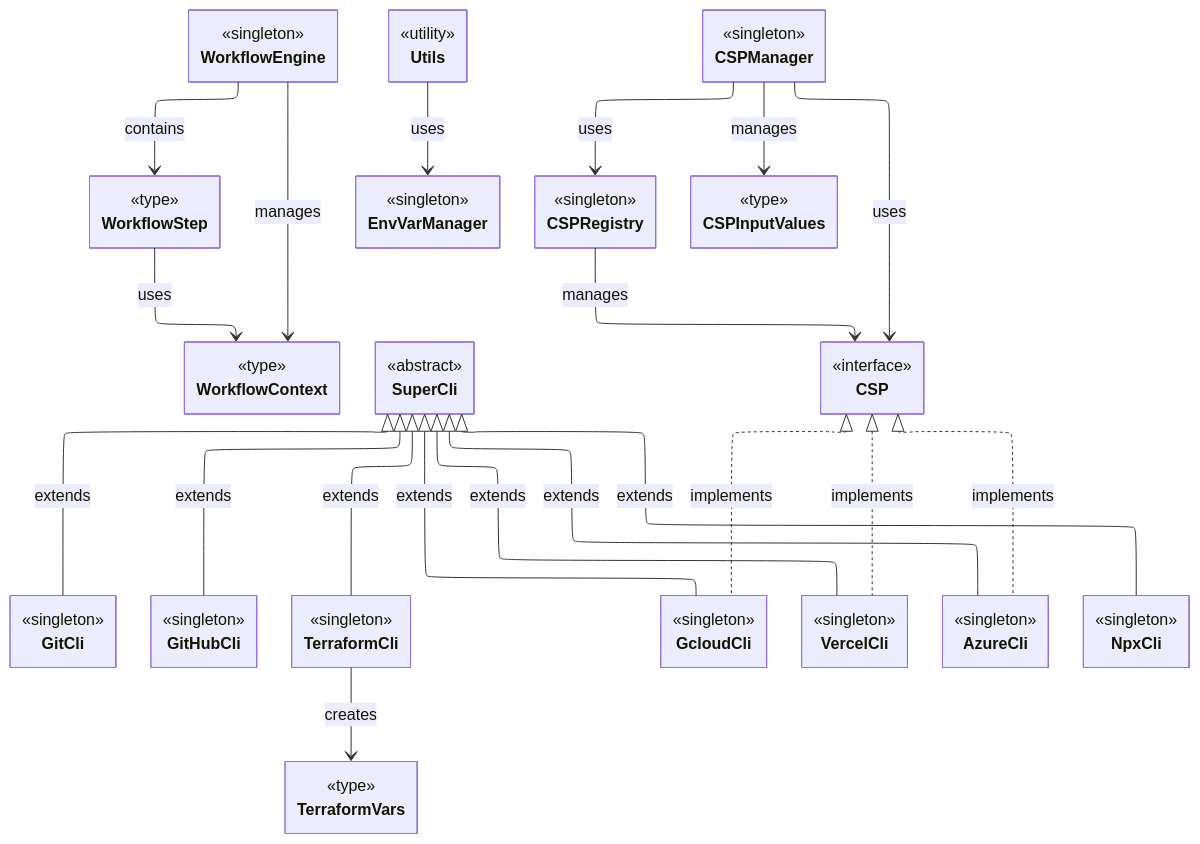
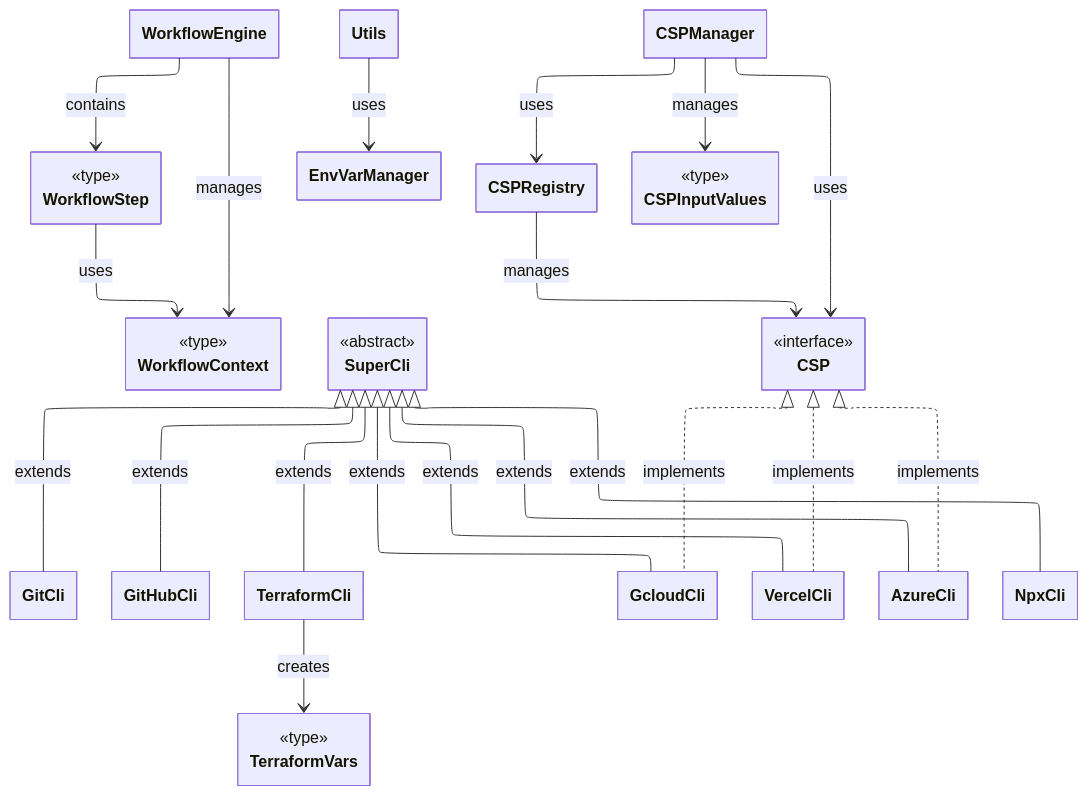
Before and after one commit to oscarmarcussen/master_diagram: the diagram in class_diagram.mmd, drawn with Mermaid. The commit also changed 3 other files, not shown here.

Commit message:
fix class_diagram and workflow_execution

```diff
--- a/class_diagram.mmd
+++ b/class_diagram.mmd
@@ -1,85 +1,73 @@
 ---
 config:
   theme: default
   look: classic
   layout: elk
   class:
     hideEmptyMembersBox: true
 ---
 classDiagram
 direction TB
     class WorkflowEngine {
     }
     class WorkflowStep {
     }
     class WorkflowContext {
     }
     class Utils {
     }
     class SuperCli {
     }
     class EnvVarManager {
     }
     class CSPManager {
     }
     class CSPRegistry {
     }
     class CSP {
     }
     class GitCli {
     }
     class GitHubCli {
     }
     class TerraformCli {
     }
     class GcloudCli {
     }
     class VercelCli {
     }
     class AzureCli {
     }
     class NpxCli {
     }
     class CSPInputValues {
     }
     class TerraformVars {
     }
 
-	<<singleton>> WorkflowEngine
 	<<type>> WorkflowStep
 	<<type>> WorkflowContext
-	<<utility>> Utils
 	<<abstract>> SuperCli
-	<<singleton>> EnvVarManager
-	<<singleton>> CSPManager
-  <<singleton>> CSPRegistry
 	<<interface>> CSP
-	<<singleton>> GitCli
-	<<singleton>> GitHubCli
-	<<singleton>> TerraformCli
-	<<singleton>> GcloudCli
-	<<singleton>> VercelCli
-  <<singleton>> AzureCli
-	<<singleton>> NpxCli
 	<<type>> CSPInputValues
 	<<type>> TerraformVars
 
     WorkflowEngine --> WorkflowStep : contains
     WorkflowEngine --> WorkflowContext : manages
     WorkflowStep --> WorkflowContext : uses
     SuperCli <|-- GitCli : extends
     SuperCli <|-- GitHubCli : extends
     SuperCli <|-- TerraformCli : extends
     SuperCli <|-- NpxCli : extends
     SuperCli <|-- GcloudCli : extends
     SuperCli <|-- VercelCli : extends
     SuperCli <|-- AzureCli : extends
     CSP <|.. GcloudCli : implements
     CSP <|.. VercelCli : implements
     CSP <|.. AzureCli : implements
     CSPManager --> CSPRegistry : uses
     CSPRegistry --> CSP : manages
     CSPManager --> CSP : uses
     TerraformCli --> TerraformVars : creates
     CSPManager --> CSPInputValues : manages
     Utils --> EnvVarManager : uses
```
